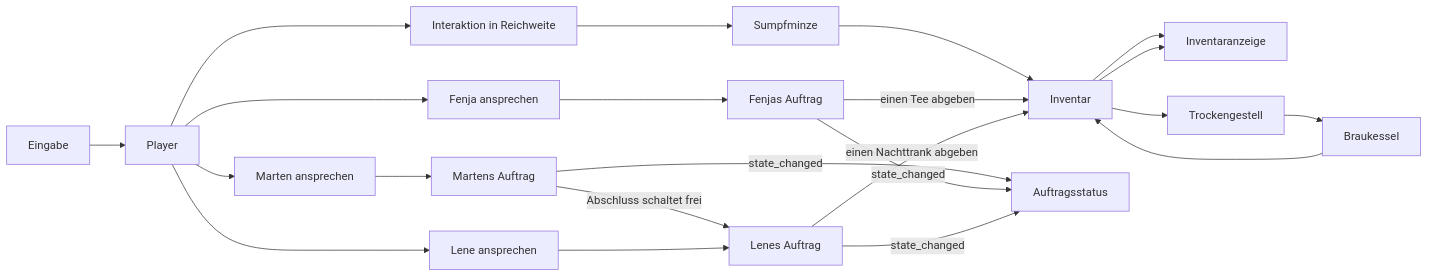
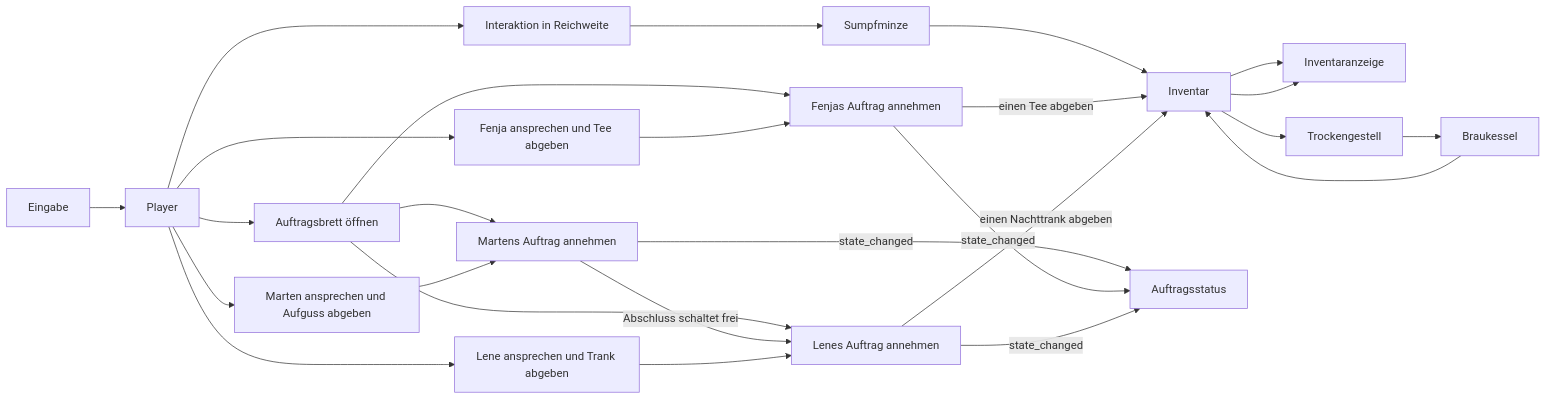
Before and after one commit to Fremarx/Moor-Apotheke: the diagram in docs/ARCHITECTURE.md, drawn with Mermaid. The commit also changed other lines of this file and 24 other files, not shown here.

Commit message:
feat(quest): add quest board acceptance

```diff
--- a/docs/ARCHITECTURE.md
+++ b/docs/ARCHITECTURE.md
@@ -90,24 +94,28 @@
 ~~~mermaid
 flowchart LR
   Input[Eingabe] --> Player[Player]
   Player --> Interact[Interaktion in Reichweite]
   Interact --> Herb[Sumpfminze]
   Herb --> Inventory[Inventar]
   Inventory --> HUD[Inventaranzeige]
   Inventory --> Rack[Trockengestell]
   Rack --> Cauldron[Braukessel]
   Cauldron --> Inventory
-  Player --> Fenja[Fenja ansprechen]
-  Fenja --> Quest[Fenjas Auftrag]
-  Player --> Marten[Marten ansprechen]
-  Marten --> MartenQuest[Martens Auftrag]
+  Player --> Board[Auftragsbrett öffnen]
+  Board --> Quest[Fenjas Auftrag annehmen]
+  Board --> MartenQuest[Martens Auftrag annehmen]
+  Board --> LeneQuest[Lenes Auftrag annehmen]
+  Player --> Fenja[Fenja ansprechen und Tee abgeben]
+  Fenja --> Quest
+  Player --> Marten[Marten ansprechen und Aufguss abgeben]
+  Marten --> MartenQuest
   MartenQuest -->|state_changed| HUDQuest
   MartenQuest -->|Abschluss schaltet frei| LeneQuest
   Quest -->|einen Tee abgeben| Inventory
   Inventory --> HUD[Inventaranzeige]
   Quest -->|state_changed| HUDQuest[Auftragsstatus]
-  Player --> Lene[Lene ansprechen]
-  Lene --> LeneQuest[Lenes Auftrag]
+  Player --> Lene[Lene ansprechen und Trank abgeben]
+  Lene --> LeneQuest
   LeneQuest -->|einen Nachttrank abgeben| Inventory
   LeneQuest -->|state_changed| HUDQuest
 ~~~
```
